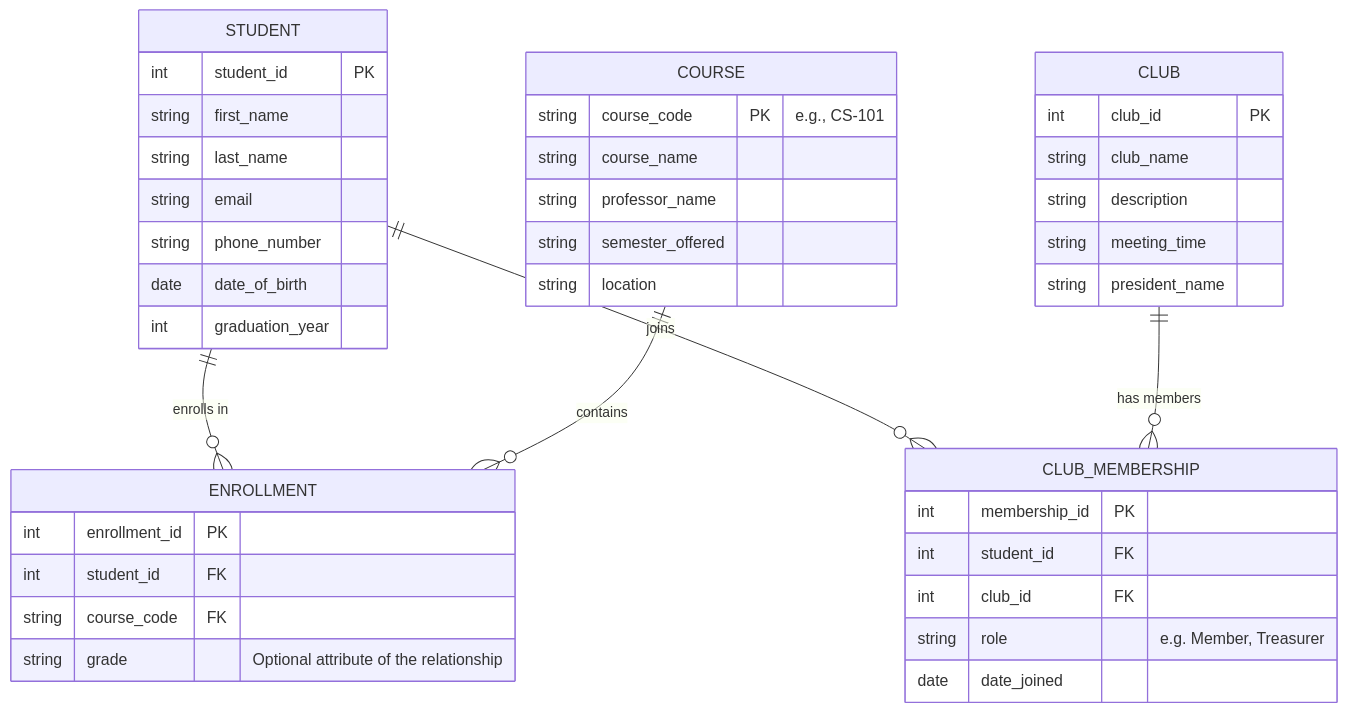
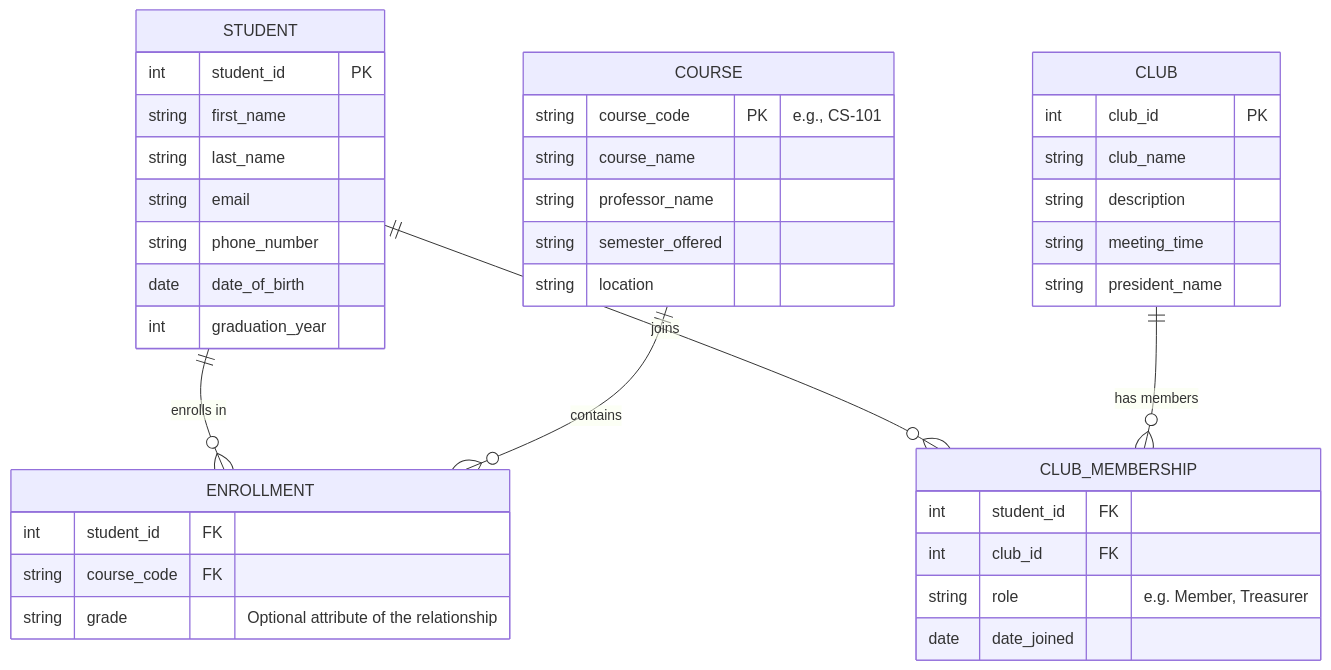
The diagram in STRATEGY_ANALYSIS.md (aguo890/ForgeLaunchJan302026), drawn with Mermaid before and after one commit. The commit also changed other lines of this file and 6 other files, not shown here.

````diff
--- a/STRATEGY_ANALYSIS.md
+++ b/STRATEGY_ANALYSIS.md
@@ -457,48 +377,46 @@
 ```mermaid
 erDiagram
     STUDENT ||--o{ ENROLLMENT : "enrolls in"
     COURSE ||--o{ ENROLLMENT : "contains"
     STUDENT ||--o{ CLUB_MEMBERSHIP : "joins"
     CLUB ||--o{ CLUB_MEMBERSHIP : "has members"
 
     STUDENT {
         int student_id PK
         string first_name
         string last_name
         string email
         string phone_number
         date date_of_birth
         int graduation_year
     }
 
     COURSE {
         string course_code PK "e.g., CS-101"
         string course_name
         string professor_name
         string semester_offered
         string location
     }
 
     CLUB {
         int club_id PK
         string club_name
         string description
         string meeting_time
         string president_name
     }
 
     ENROLLMENT {
-        int enrollment_id PK
         int student_id FK
         string course_code FK
         string grade "Optional attribute of the relationship"
     }
 
     CLUB_MEMBERSHIP {
-        int membership_id PK
         int student_id FK
         int club_id FK
         string role "e.g. Member, Treasurer"
         date date_joined
     }
 ```
````
